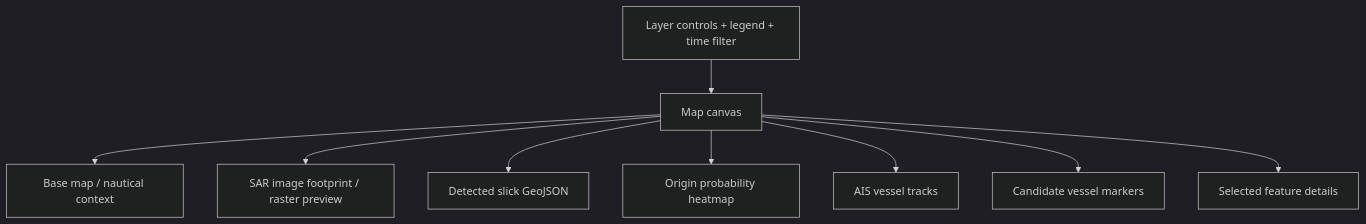
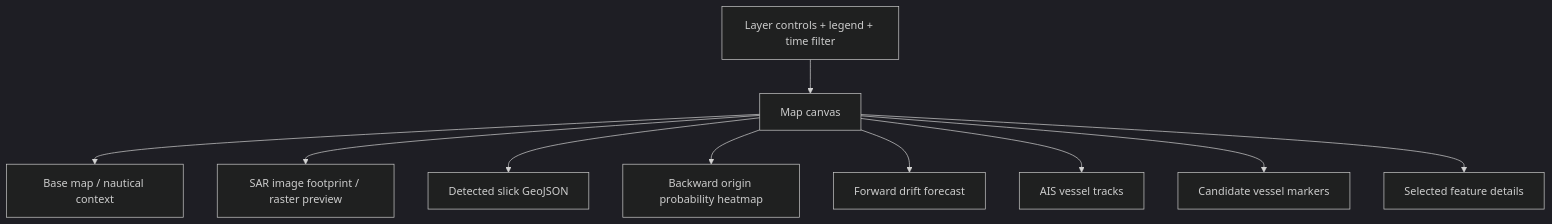
Diagram 22 of 25 in ai-ml-maritime-oil-spill-architecture.md (ankushkumar14092-dot/sih-architecture), drawn with Mermaid (dark theme) before and after one commit. The commit also changed other lines of this file and 1 other file, not shown here.

Commit message:
Align architecture with SIH26143 requirements

````diff
--- a/ai-ml-maritime-oil-spill-architecture.md
+++ b/ai-ml-maritime-oil-spill-architecture.md
@@ -1404,21 +1445,23 @@
 ```mermaid
 flowchart TB
     MAPCANVAS["Map canvas"]
     BASE["Base map / nautical context"]
     SARLAYER["SAR image footprint / raster preview"]
     SLICKLAYER["Detected slick GeoJSON"]
-    PROBLAYER["Origin probability heatmap"]
+    PROBLAYER["Backward origin probability heatmap"]
+    FORECASTLAYER["Forward drift forecast"]
     TRACKLAYER["AIS vessel tracks"]
     CANDLAYER["Candidate vessel markers"]
     CONTROLS["Layer controls + legend + time filter"]
     DETAILS["Selected feature details"]
 
     MAPCANVAS --> BASE
     MAPCANVAS --> SARLAYER
     MAPCANVAS --> SLICKLAYER
     MAPCANVAS --> PROBLAYER
+    MAPCANVAS --> FORECASTLAYER
     MAPCANVAS --> TRACKLAYER
     MAPCANVAS --> CANDLAYER
     CONTROLS --> MAPCANVAS
     MAPCANVAS --> DETAILS
 ```
````
